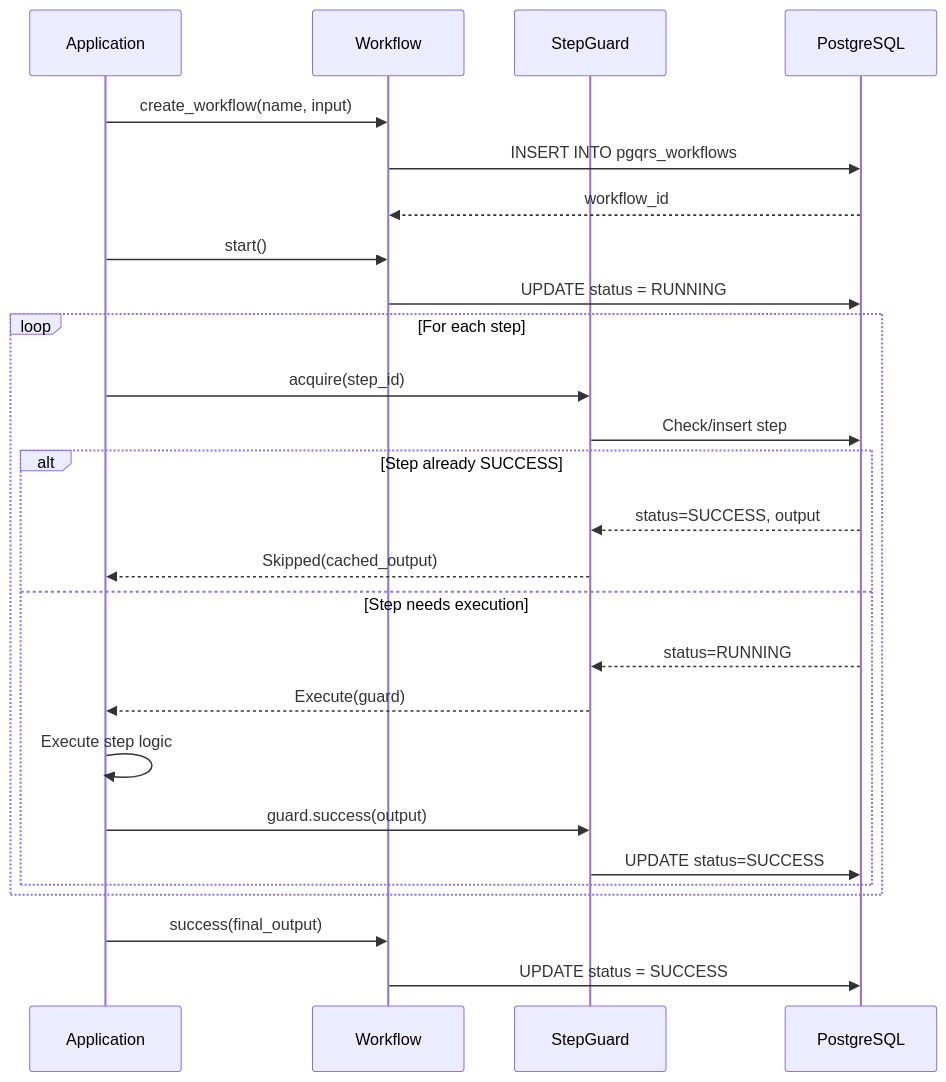
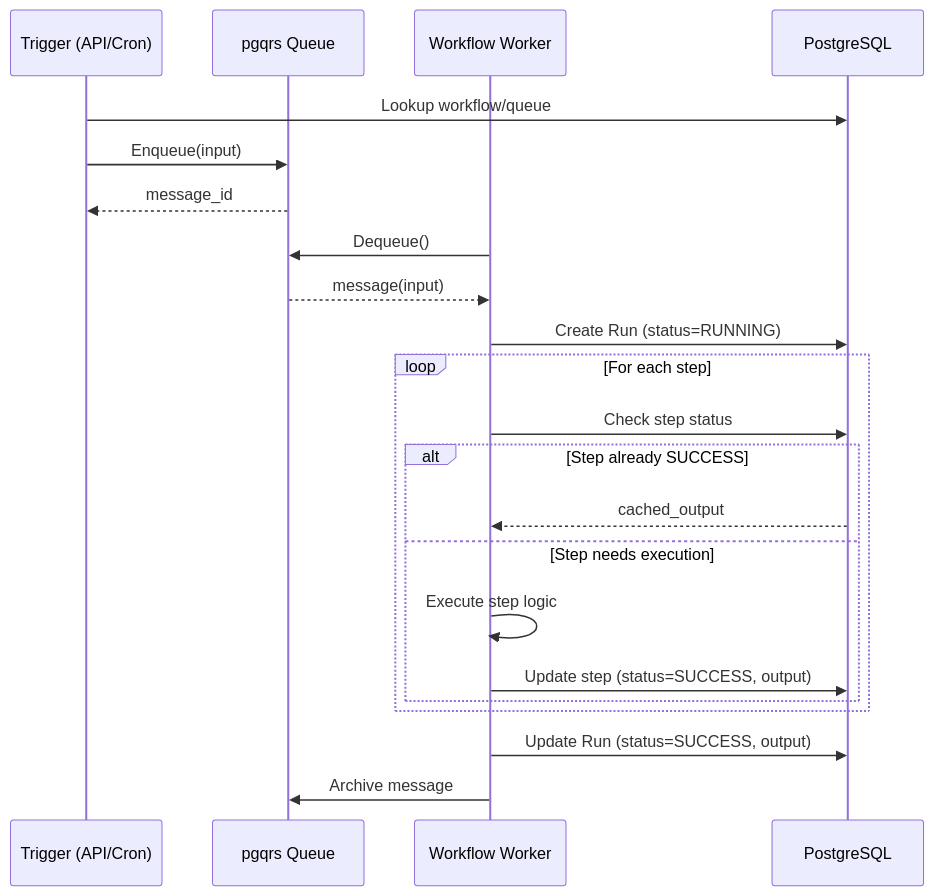
One commit to vrajat/pgqrs changed the second of 2 diagrams in docs/user-guide/concepts/durable-workflows.md. Above: the diagram before and after it, drawn with Mermaid. The commit also changed other lines of this file and 44 other files, not shown here.

````diff
--- a/docs/user-guide/concepts/durable-workflows.md
+++ b/docs/user-guide/concepts/durable-workflows.md
@@ -94,32 +140,29 @@
 ```mermaid
 sequenceDiagram
-    participant App as Application
-    participant WF as Workflow
-    participant Step as StepGuard
+    participant Trigger as Trigger (API/Cron)
+    participant Queue as pgqrs Queue
+    participant Worker as Workflow Worker
     participant DB as PostgreSQL
 
-    App->>WF: create_workflow(name, input)
-    WF->>DB: INSERT INTO pgqrs_workflows
-    DB-->>WF: workflow_id
+    Trigger->>DB: Lookup workflow/queue
+    Trigger->>Queue: Enqueue(input)
+    Queue-->>Trigger: message_id
 
-    App->>WF: start()
-    WF->>DB: UPDATE status = RUNNING
-
+    Worker->>Queue: Dequeue()
+    Queue-->>Worker: message(input)
+    
+    Worker->>DB: Create Run (status=RUNNING)
+    
     loop For each step
-        App->>Step: acquire(step_id)
-        Step->>DB: Check/insert step
+        Worker->>DB: Check step status
         alt Step already SUCCESS
-            DB-->>Step: status=SUCCESS, output
-            Step-->>App: Skipped(cached_output)
+            DB-->>Worker: cached_output
         else Step needs execution
-            DB-->>Step: status=RUNNING
-            Step-->>App: Execute(guard)
-            App->>App: Execute step logic
-            App->>Step: guard.success(output)
-            Step->>DB: UPDATE status=SUCCESS
+            Worker->>Worker: Execute step logic
+            Worker->>DB: Update step (status=SUCCESS, output)
         end
     end
 
-    App->>WF: success(final_output)
-    WF->>DB: UPDATE status = SUCCESS
+    Worker->>DB: Update Run (status=SUCCESS, output)
+    Worker->>Queue: Archive message
 ```
````
